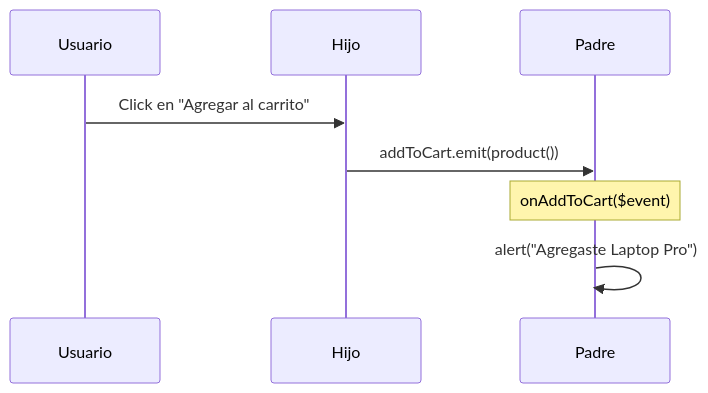
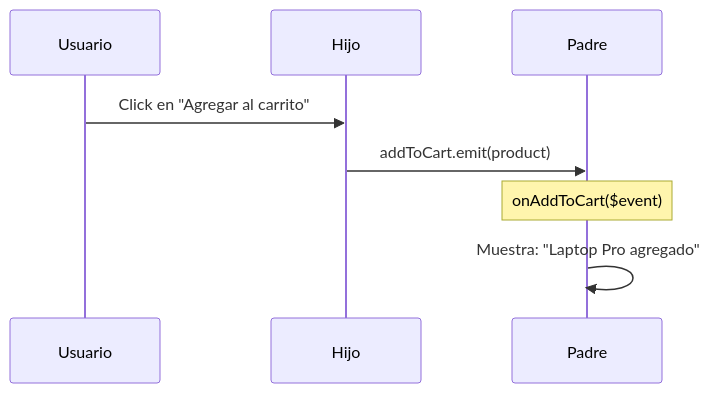
The sixth of 7 diagrams in 03-componentes-input/README.md (edgardo001/angular-mastery-roadmap), drawn with Mermaid before and after one commit. The commit also changed other lines of this file and 2 other files, not shown here.

````diff
--- a/03-componentes-input/README.md
+++ b/03-componentes-input/README.md
@@ -135,11 +264,11 @@
 ```mermaid
 sequenceDiagram
     participant U as Usuario
     participant H as Hijo
     participant P as Padre
 
     U->>H: Click en "Agregar al carrito"
-    H->>P: addToCart.emit(product())
+    H->>P: addToCart.emit(product)
     Note over P: onAddToCart($event)
-    P->>P: alert("Agregaste Laptop Pro")
+    P->>P: Muestra: "Laptop Pro agregado"
 ```
````
